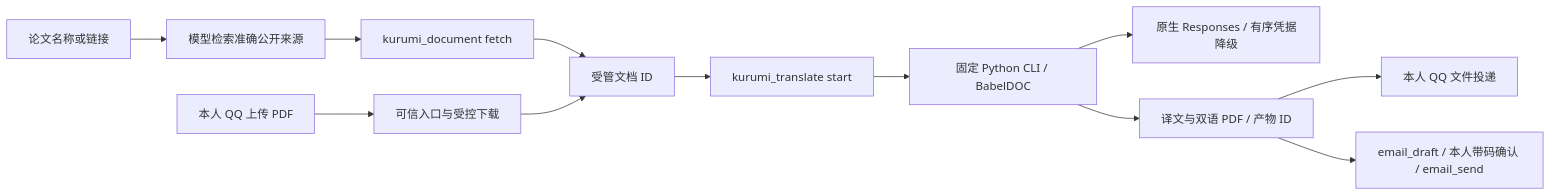
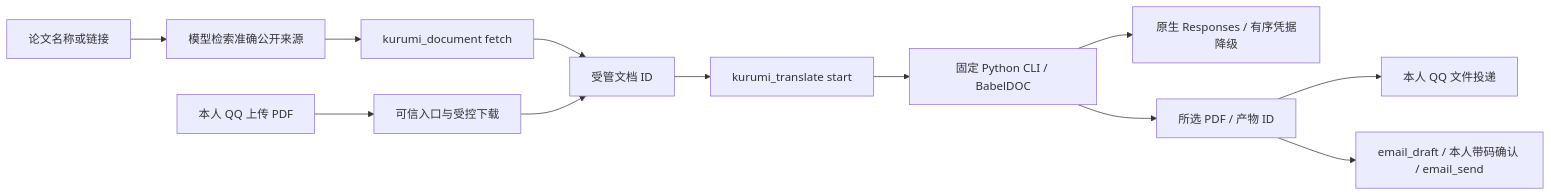
Before and after one commit to zsh-afrangry/MyBot: the diagram in docs/22_论文PDF翻译与文件投递.md, drawn with Mermaid. The commit also changed other lines of this file and 30 other files, not shown here.

````diff
--- a/docs/22_论文PDF翻译与文件投递.md
+++ b/docs/22_论文PDF翻译与文件投递.md
@@ -88,14 +100,14 @@
 ```mermaid
 flowchart LR
     A[论文名称或链接] --> B[模型检索准确公开来源]
     B --> C[kurumi_document fetch]
     D[本人 QQ 上传 PDF] --> E[可信入口与受控下载]
     C --> F[受管文档 ID]
     E --> F
     F --> G[kurumi_translate start]
     G --> H[固定 Python CLI / BabelDOC]
     H --> I[原生 Responses / 有序凭据降级]
-    H --> J[译文与双语 PDF / 产物 ID]
+    H --> J[所选 PDF / 产物 ID]
     J --> K[本人 QQ 文件投递]
     J --> L[email_draft / 本人带码确认 / email_send]
 ```
````
